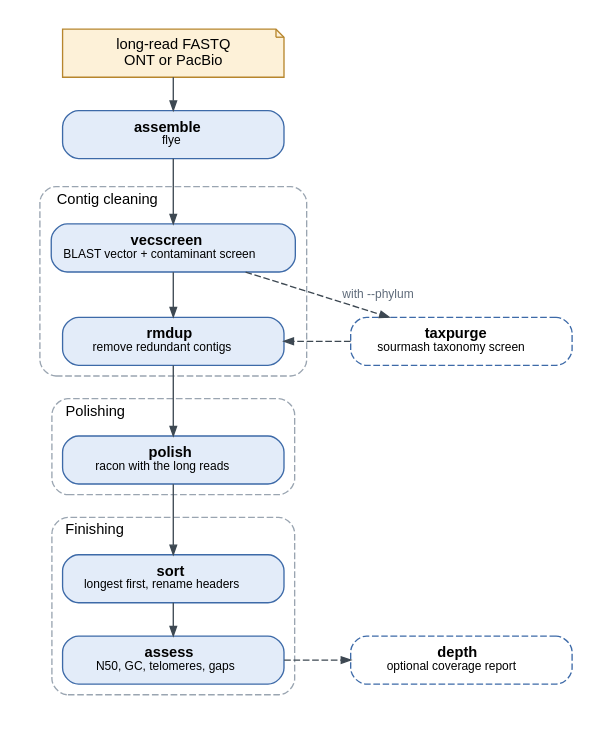
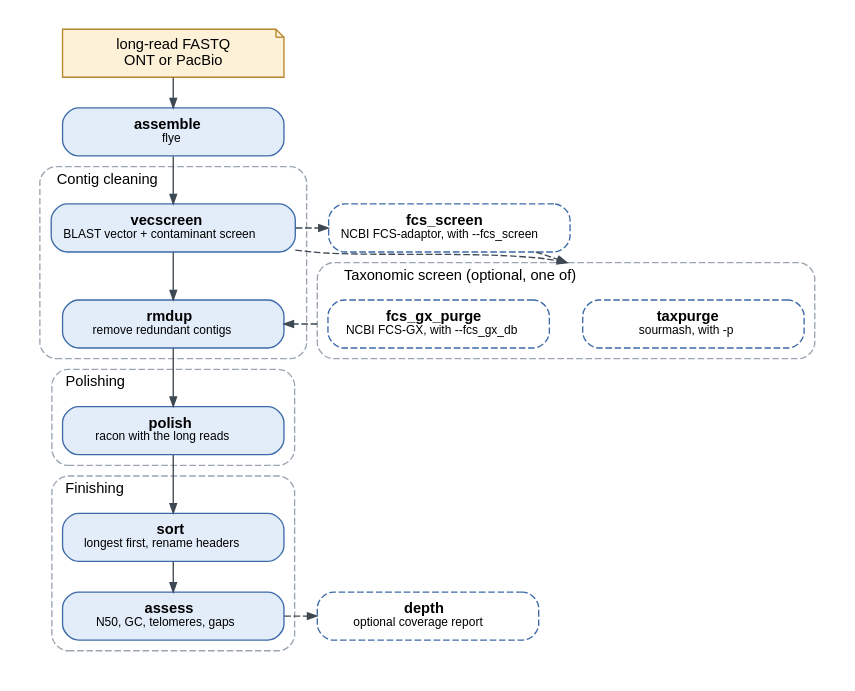
Before and after one commit to stajichlab/AAFTF: the second of 3 diagrams in docs/workflow.rst, drawn with Graphviz. The commit also changed other lines of this file and 7 other files, not shown here.

First line of the commit message:
Add support for NCBI FCS-adaptor and FCS-GX screening in pipelines

```diff
--- a/docs/workflow.rst
+++ b/docs/workflow.rst
@@ -170,30 +177,37 @@
 .. graphviz::
    :align: center
 
    digraph pipeline_long {
-       graph [bgcolor="white", pad="0.2", fontname="Helvetica", fontsize=11, nodesep=0.35, ranksep=0.32, newrank=true, labeljust=l, color="#9aa5b1", style="rounded,dashed"]
+       graph [compound=true, bgcolor="white", pad="0.2", fontname="Helvetica", fontsize=11, nodesep=0.35, ranksep=0.32, newrank=true, labeljust=l, color="#9aa5b1", style="rounded,dashed"]
        node [shape=box, style="rounded,filled", fillcolor="#e3ecf9", color="#3d6aa8", fontname="Helvetica", fontsize=11, width=2.3, height=0.5, margin="0.12,0.05"]
        edge [color="#3d4852", arrowsize=0.7, fontname="Helvetica", fontsize=9, fontcolor="#5f6b7a"]
        reads [label="long-read FASTQ\nONT or PacBio", shape=note, fillcolor="#fdf1d8", color="#b7862d"]
        assemble [label=<<b>assemble</b><br/><font point-size="9">flye</font>>]
        subgraph cluster_clean { label="Contig cleaning"
            vecscreen [label=<<b>vecscreen</b><br/><font point-size="9">BLAST vector + contaminant screen</font>>]
            rmdup [label=<<b>rmdup</b><br/><font point-size="9">remove redundant contigs</font>>]
        }
-       taxpurge [label=<<b>taxpurge</b><br/><font point-size="9">sourmash taxonomy screen</font>>, style="rounded,dashed", fillcolor=white]
+       subgraph cluster_taxonomy { label="Taxonomic screen (optional, one of)"
+           taxpurge [label=<<b>taxpurge</b><br/><font point-size="9">sourmash, with -p</font>>, style="rounded,dashed", fillcolor=white]
+           fcs_gx [label=<<b>fcs_gx_purge</b><br/><font point-size="9">NCBI FCS-GX, with --fcs_gx_db</font>>, style="rounded,dashed", fillcolor=white]
+       }
+       fcs_screen [label=<<b>fcs_screen</b><br/><font point-size="9">NCBI FCS-adaptor, with --fcs_screen</font>>, style="rounded,dashed", fillcolor=white]
        subgraph cluster_polish { label="Polishing"
            racon [label=<<b>polish</b><br/><font point-size="9">racon with the long reads</font>>]
        }
        subgraph cluster_finish { label="Finishing"
            sort [label=<<b>sort</b><br/><font point-size="9">longest first, rename headers</font>>]
            assess [label=<<b>assess</b><br/><font point-size="9">N50, GC, telomeres, gaps</font>>]
        }
        depth [label=<<b>depth</b><br/><font point-size="9">optional coverage report</font>>, style="rounded,dashed", fillcolor=white]
 
        reads -> assemble -> vecscreen -> rmdup -> racon -> sort -> assess [weight=10]
-       vecscreen -> taxpurge [style=dashed, label=" with --phylum"]
-       taxpurge -> rmdup [style=dashed]
+       vecscreen -> fcs_screen [style=dashed]
+       {rank=same; vecscreen; fcs_screen}
+       vecscreen -> taxpurge [style=dashed, lhead=cluster_taxonomy]
+       fcs_screen -> taxpurge [style=dashed, lhead=cluster_taxonomy, constraint=false]
+       fcs_gx -> rmdup [style=dashed, ltail=cluster_taxonomy]
        assess -> depth [style=dashed]
-       {rank=same; rmdup; taxpurge}
+       {rank=same; rmdup; taxpurge; fcs_gx}
        {rank=same; assess; depth}
    }
```
